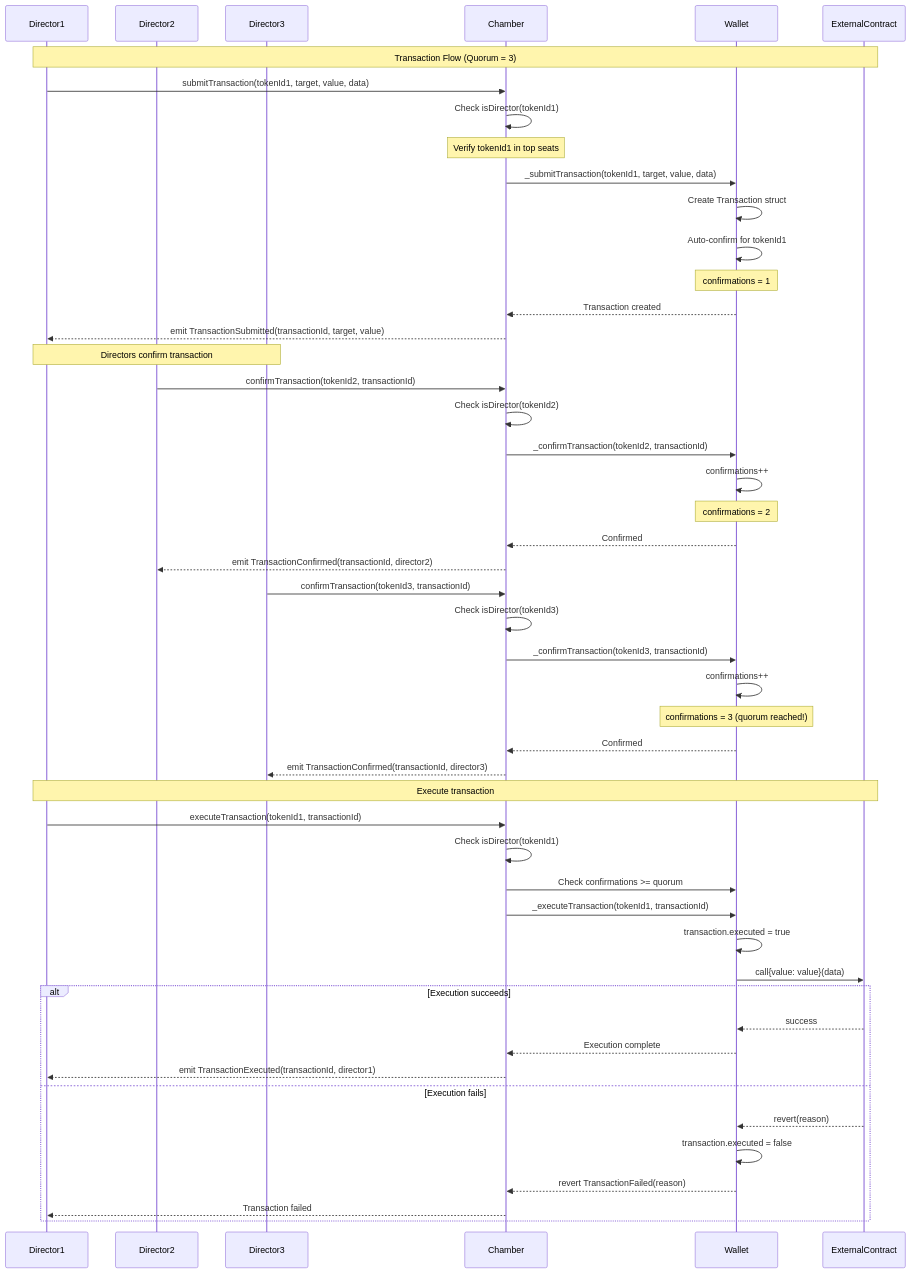
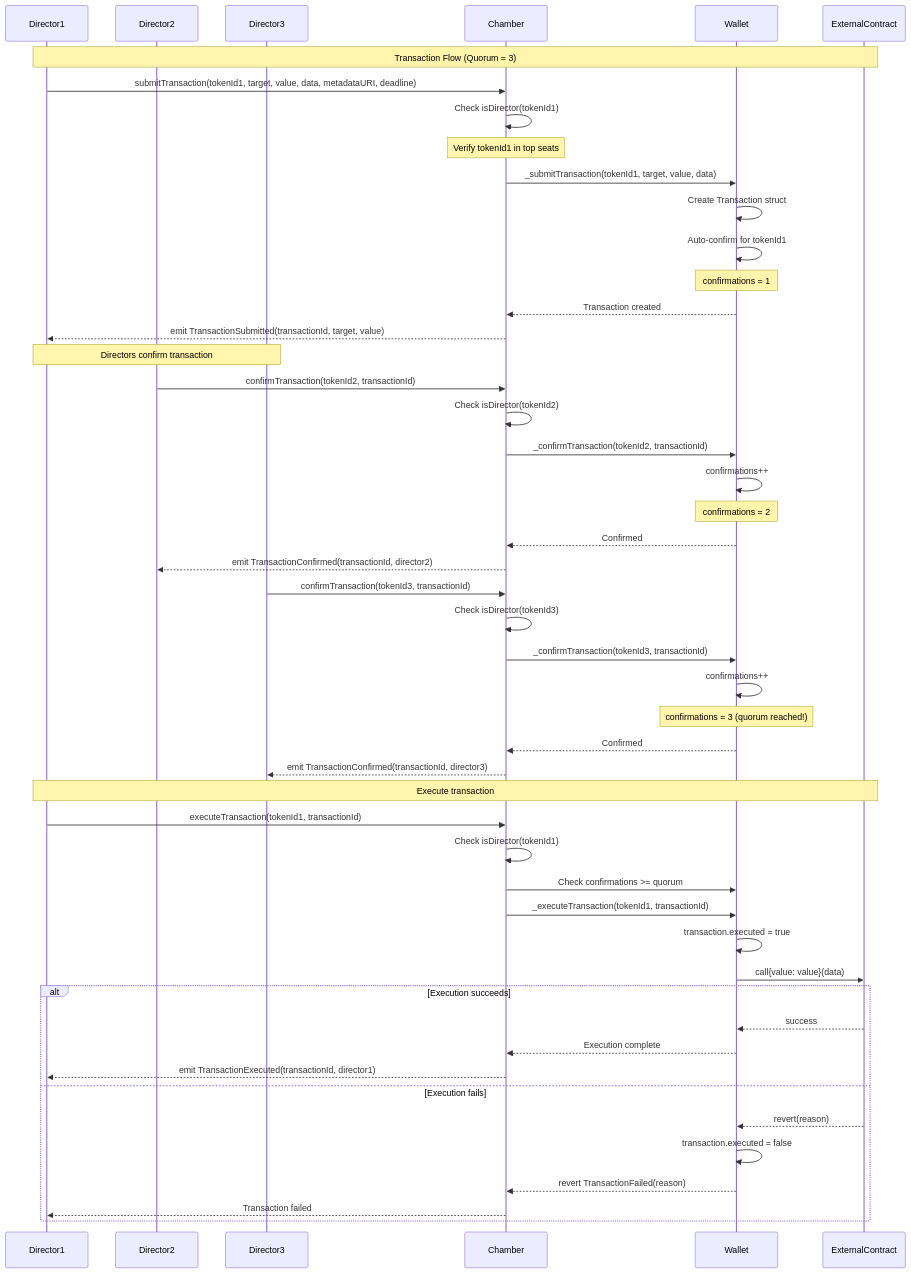
The sixth of 11 diagrams in docs/reference/sequence-diagrams.md (loreum-org/chamber), drawn with Mermaid before and after one commit. The commit also changed other lines of this file and 18 other files, not shown here.

````diff
--- a/docs/reference/sequence-diagrams.md
+++ b/docs/reference/sequence-diagrams.md
@@ -320,66 +320,66 @@
 ```mermaid
 sequenceDiagram
     participant Director1
     participant Director2
     participant Director3
     participant Chamber
     participant Wallet
     participant ExternalContract
 
     Note over Director1,ExternalContract: Transaction Flow (Quorum = 3)
 
-    Director1->>Chamber: submitTransaction(tokenId1, target, value, data)
+    Director1->>Chamber: submitTransaction(tokenId1, target, value, data, metadataURI, deadline)
     
     Chamber->>Chamber: Check isDirector(tokenId1)
     Note over Chamber: Verify tokenId1 in top seats
     
     Chamber->>Wallet: _submitTransaction(tokenId1, target, value, data)
     
     Wallet->>Wallet: Create Transaction struct
     Wallet->>Wallet: Auto-confirm for tokenId1
     Note over Wallet: confirmations = 1
     
     Wallet-->>Chamber: Transaction created
     Chamber-->>Director1: emit TransactionSubmitted(transactionId, target, value)
     
     Note over Director1,Director3: Directors confirm transaction
     
     Director2->>Chamber: confirmTransaction(tokenId2, transactionId)
     Chamber->>Chamber: Check isDirector(tokenId2)
     Chamber->>Wallet: _confirmTransaction(tokenId2, transactionId)
     Wallet->>Wallet: confirmations++
     Note over Wallet: confirmations = 2
     Wallet-->>Chamber: Confirmed
     Chamber-->>Director2: emit TransactionConfirmed(transactionId, director2)
     
     Director3->>Chamber: confirmTransaction(tokenId3, transactionId)
     Chamber->>Chamber: Check isDirector(tokenId3)
     Chamber->>Wallet: _confirmTransaction(tokenId3, transactionId)
     Wallet->>Wallet: confirmations++
     Note over Wallet: confirmations = 3 (quorum reached!)
     Wallet-->>Chamber: Confirmed
     Chamber-->>Director3: emit TransactionConfirmed(transactionId, director3)
     
     Note over Director1,ExternalContract: Execute transaction
     
     Director1->>Chamber: executeTransaction(tokenId1, transactionId)
     
     Chamber->>Chamber: Check isDirector(tokenId1)
     Chamber->>Wallet: Check confirmations >= quorum
     
     Chamber->>Wallet: _executeTransaction(tokenId1, transactionId)
     
     Wallet->>Wallet: transaction.executed = true
     Wallet->>ExternalContract: call{value: value}(data)
     
     alt Execution succeeds
         ExternalContract-->>Wallet: success
         Wallet-->>Chamber: Execution complete
         Chamber-->>Director1: emit TransactionExecuted(transactionId, director1)
     else Execution fails
         ExternalContract-->>Wallet: revert(reason)
         Wallet->>Wallet: transaction.executed = false
         Wallet-->>Chamber: revert TransactionFailed(reason)
         Chamber-->>Director1: Transaction failed
     end
 ```
````
